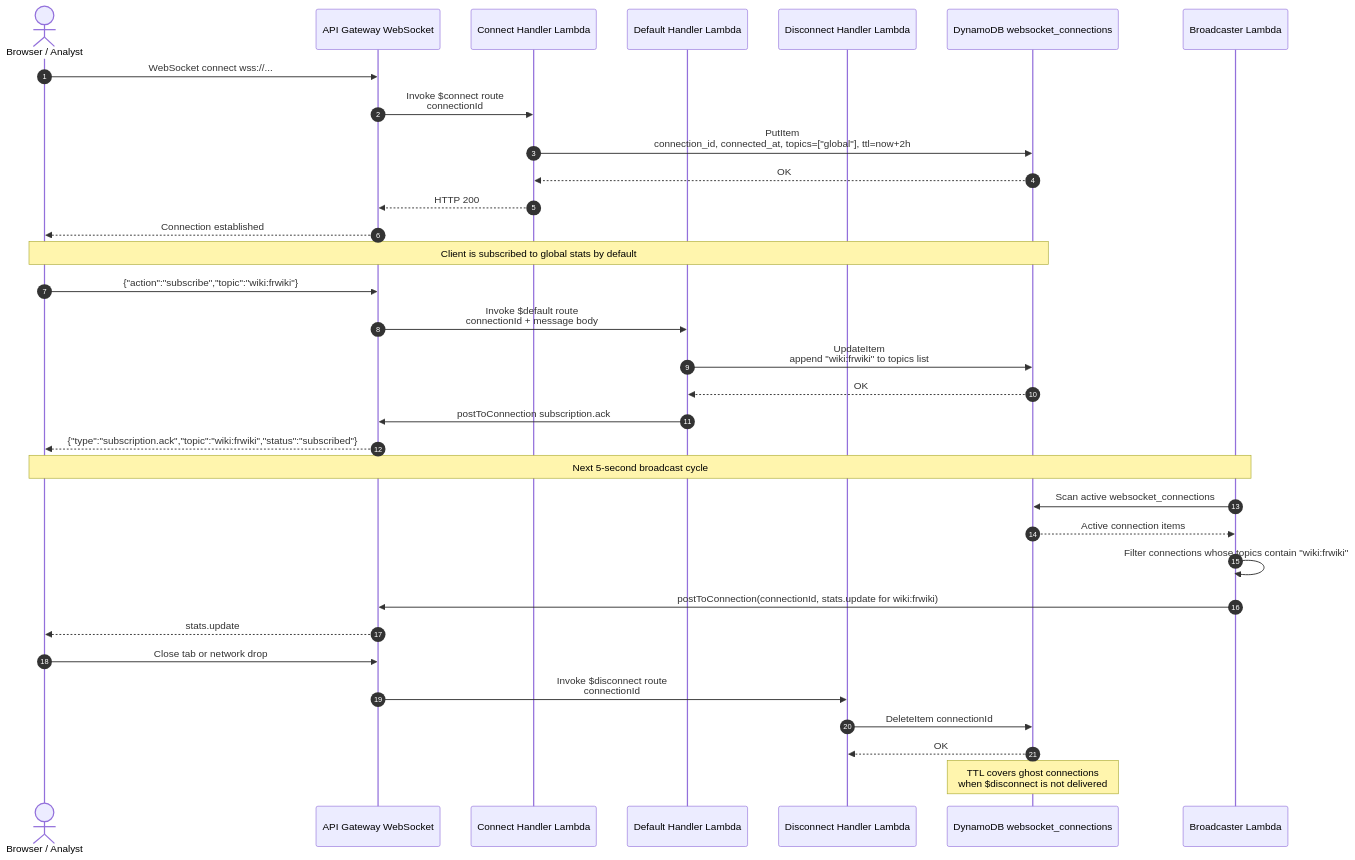
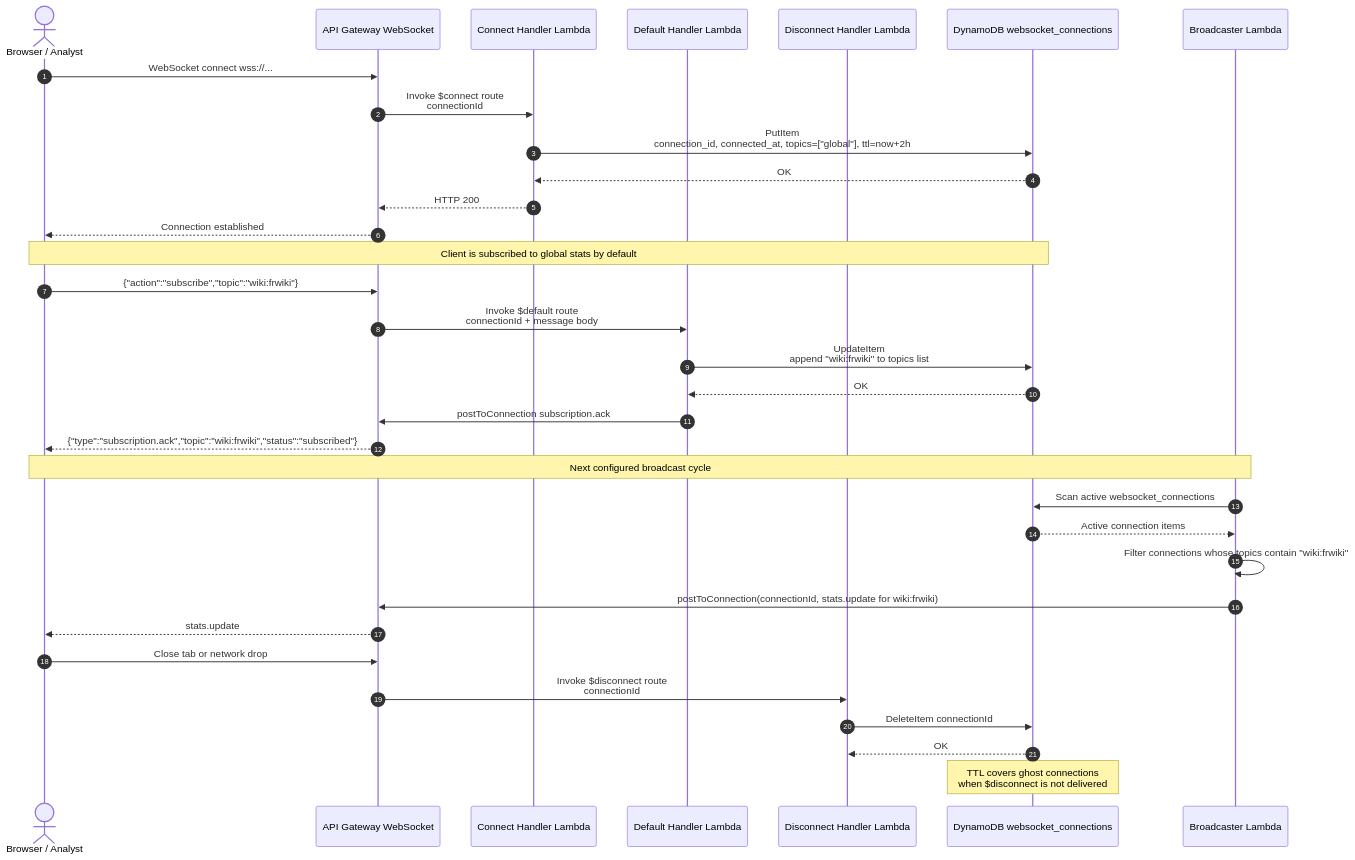
The second of 7 diagrams in documentation/sequence-diagrams.md (TalelKarim/realtime-media-analytics-platform), drawn with Mermaid before and after one commit. The commit also changed other lines of this file and 5 other files, not shown here.

````diff
--- a/documentation/sequence-diagrams.md
+++ b/documentation/sequence-diagrams.md
@@ -101,43 +90,43 @@
 ```mermaid
 sequenceDiagram
   autonumber
   actor User as Browser / Analyst
   participant AGW as API Gateway WebSocket
   participant CNX as Connect Handler Lambda
   participant DEF as Default Handler Lambda
   participant DCN as Disconnect Handler Lambda
   participant DBC as DynamoDB websocket_connections
   participant BRD as Broadcaster Lambda
 
   User->>AGW: WebSocket connect wss://...
   AGW->>CNX: Invoke $connect route<br/>connectionId
   CNX->>DBC: PutItem<br/>connection_id, connected_at, topics=["global"], ttl=now+2h
   DBC-->>CNX: OK
   CNX-->>AGW: HTTP 200
   AGW-->>User: Connection established
 
   Note over User,DBC: Client is subscribed to global stats by default
 
   User->>AGW: {"action":"subscribe","topic":"wiki:frwiki"}
   AGW->>DEF: Invoke $default route<br/>connectionId + message body
   DEF->>DBC: UpdateItem<br/>append "wiki:frwiki" to topics list
   DBC-->>DEF: OK
   DEF->>AGW: postToConnection subscription.ack
   AGW-->>User: {"type":"subscription.ack","topic":"wiki:frwiki","status":"subscribed"}
 
-  Note over BRD,User: Next 5-second broadcast cycle
+  Note over BRD,User: Next configured broadcast cycle
 
   BRD->>DBC: Scan active websocket_connections
   DBC-->>BRD: Active connection items
   BRD->>BRD: Filter connections whose topics contain "wiki:frwiki"
 
   BRD->>AGW: postToConnection(connectionId, stats.update for wiki:frwiki)
   AGW-->>User: stats.update
 
   User->>AGW: Close tab or network drop
   AGW->>DCN: Invoke $disconnect route<br/>connectionId
   DCN->>DBC: DeleteItem connectionId
   DBC-->>DCN: OK
 
   Note over DBC: TTL covers ghost connections<br/>when $disconnect is not delivered
 ```
````
